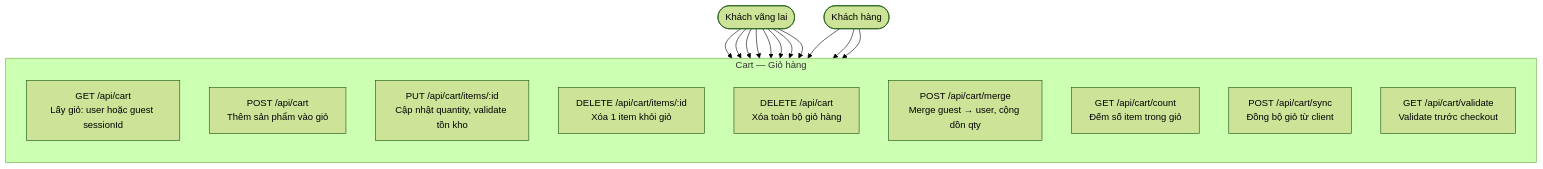
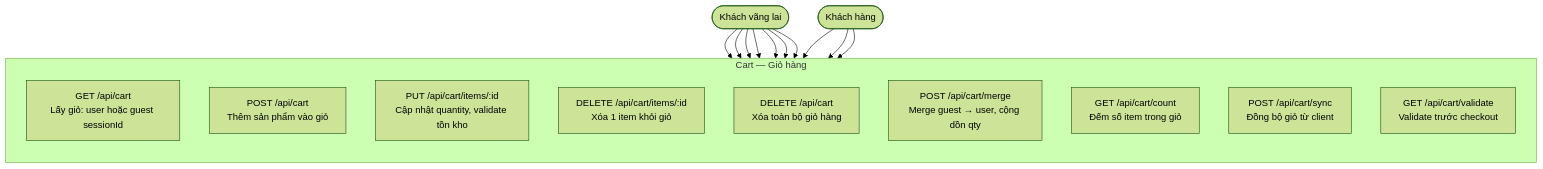
Before and after one commit to MinhThang1009/E-commerce-website: the tenth of 47 diagrams in DIAGRAMS.md, drawn with Mermaid (forest theme). The commit also changed other lines of this file, not shown here.

First line of the commit message:
docs(diagrams): sửa §2/§7/§8 khớp code sau audit per-element

````diff
--- a/DIAGRAMS.md
+++ b/DIAGRAMS.md
@@ -303,30 +303,29 @@
 ```mermaid
 flowchart TB
     Guest(["Khách vãng lai"])
     Customer(["Khách hàng"])
 
     subgraph CART["Cart — Giỏ hàng"]
         direction TB
         C1["GET /api/cart<br/>Lấy giỏ: user hoặc guest sessionId"]
         C2["POST /api/cart<br/>Thêm sản phẩm vào giỏ"]
         C3["PUT /api/cart/items/:id<br/>Cập nhật quantity, validate tồn kho"]
         C4["DELETE /api/cart/items/:id<br/>Xóa 1 item khỏi giỏ"]
         C5["DELETE /api/cart<br/>Xóa toàn bộ giỏ hàng"]
         C6["POST /api/cart/merge<br/>Merge guest → user, cộng dồn qty"]
         C7["GET /api/cart/count<br/>Đếm số item trong giỏ"]
         C8["POST /api/cart/sync<br/>Đồng bộ giỏ từ client"]
         C9["GET /api/cart/validate<br/>Validate trước checkout"]
     end
 
     Guest --> C1
     Guest --> C2
     Guest --> C3
     Guest --> C4
     Guest --> C5
     Guest --> C7
-    Guest --> C8
     Guest --> C9
     Customer --> C6
     Customer --> C8
     Customer --> C9
 ```
````
